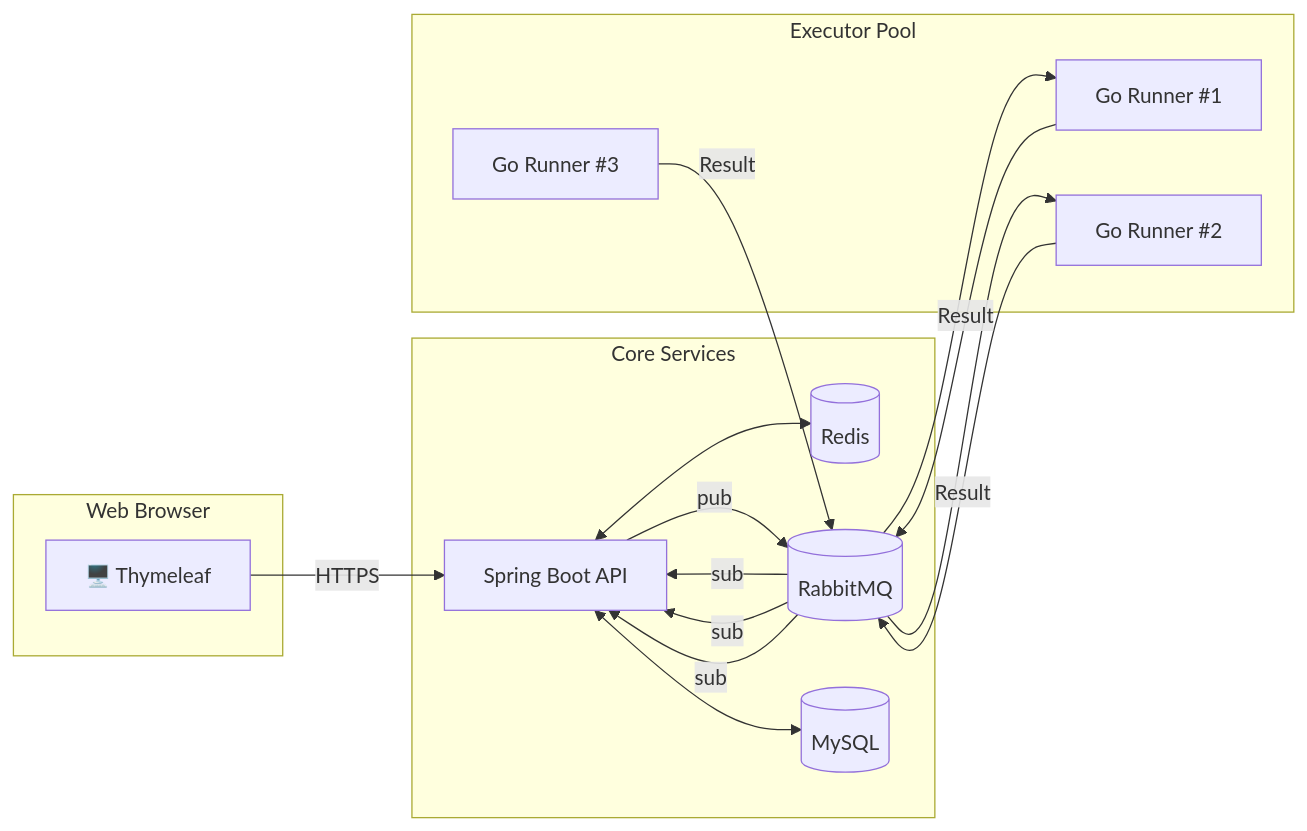
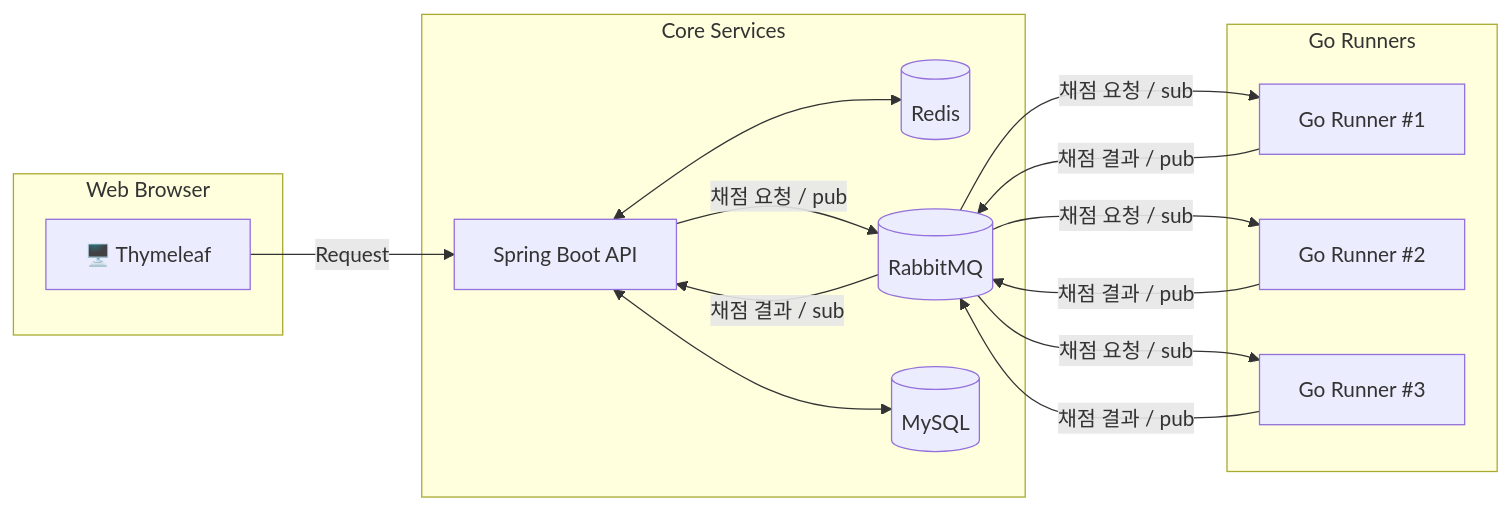
The diagram in README.md (Feedbaek/JHP-World), drawn with Mermaid before and after one commit.

Commit message:
Docs: README.md 파일 수정

````diff
--- a/README.md
+++ b/README.md
@@ -33,28 +33,35 @@
 ```mermaid
 flowchart LR
-    subgraph Web Browser
+
+    %% Subgraphs
+    subgraph Web_Browser["Web Browser"]
         UI["🖥️ Thymeleaf"]
     end
 
-    subgraph Core Services
+    subgraph Core_Services["Core Services"]
         A["Spring Boot API"]
         R[(Redis)]
         Q[(RabbitMQ)]
         DB[(MySQL)]
     end
 
-    subgraph Executor Pool
+    subgraph Go_Runners["Go Runners"]
         W1["Go Runner #1"]
         W2["Go Runner #2"]
         W3["Go Runner #3"]
     end
 
-    UI -->|HTTPS| A
+    %% Main logic flow
+    UI -->|Request| A
     A <--> R
     A <--> DB
-    A --> |pub| Q
-    Q --> W1 & W2
-    W1 -->|Result| Q --> |sub| A
-    W2 -->|Result| Q --> |sub| A
-    W3 -->|Result| Q --> |sub| A
+    A --> |채점 요청 / pub| Q
+    Q --> |채점 요청 / sub| W1
+    Q --> |채점 요청 / sub| W2
+    Q --> |채점 요청 / sub| W3
+    W1 -->|채점 결과 / pub| Q
+    W2 -->|채점 결과 / pub| Q
+    W3 -->|채점 결과 / pub| Q
+    Q --> |채점 결과 / sub| A
+
 ```
````
